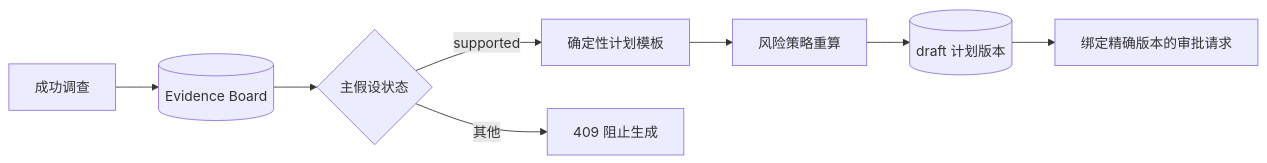
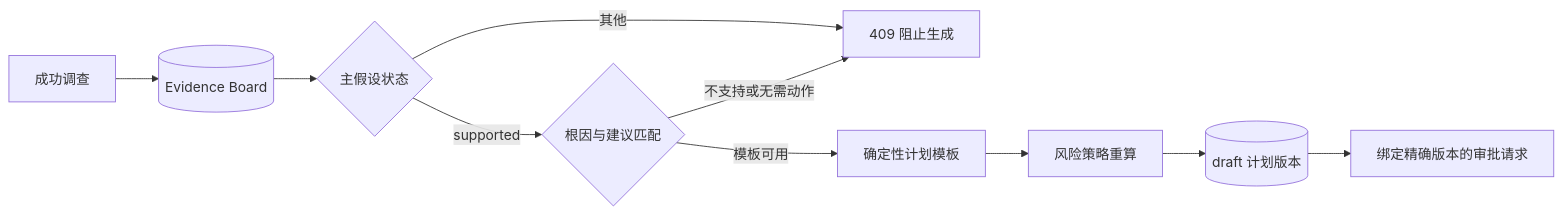
The first of 2 diagrams in docs/architecture/13-action-plan-and-risk-policy.md (kill-t/ops-swarm), drawn with Mermaid before and after one commit. The commit also changed other lines of this file and 23 other files, not shown here.

````diff
--- a/docs/architecture/13-action-plan-and-risk-policy.md
+++ b/docs/architecture/13-action-plan-and-risk-policy.md
@@ -13,10 +13,12 @@
 ```mermaid
 flowchart LR
     investigation[成功调查] --> board[(Evidence Board)]
     board --> hypothesis{主假设状态}
-    hypothesis -->|supported| planner[确定性计划模板]
+    hypothesis -->|supported| capability{根因与建议匹配}
     hypothesis -->|其他| blocked[409 阻止生成]
+    capability -->|模板可用| planner[确定性计划模板]
+    capability -->|不支持或无需动作| blocked
     planner --> policy[风险策略重算]
     policy --> plan[(draft 计划版本)]
     plan --> approval[绑定精确版本的审批请求]
 ```
````
